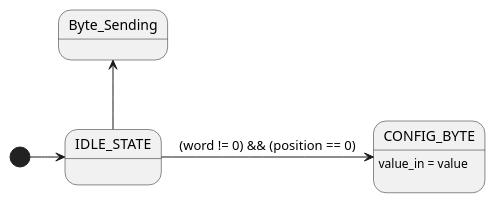
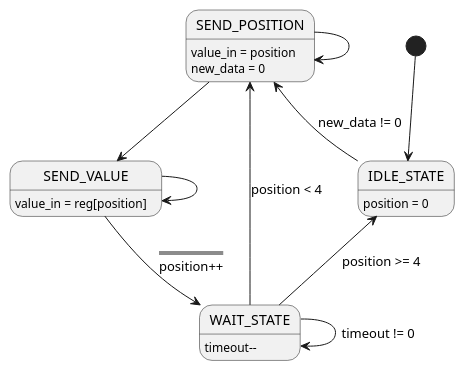
One commit to pimium/solder_station_avr changed the diagram in doc/seven_seg_word_state.puml. Above: the diagram before and after it, drawn with PlantUML.

Commit message:
word puml

```diff
--- a/doc/seven_seg_word_state.puml
+++ b/doc/seven_seg_word_state.puml
@@ -1,16 +1,24 @@
 @startuml
 
 show empty description
 
-[*] -r-> IDLE_STATE
+[*] --> IDLE_STATE
 'State1 : this is a string
 
-IDLE_STATE :
-IDLE_STATE -u-> Byte_Sending
-IDLE_STATE -r-> CONFIG_BYTE : (word != 0) && (position == 0)
+IDLE_STATE : position = 0
+IDLE_STATE -l-> SEND_POSITION : new_data != 0
 
-CONFIG_BYTE: value_in = value
+SEND_POSITION: value_in = position\nnew_data = 0
+SEND_POSITION --> SEND_VALUE
+SEND_POSITION --> SEND_POSITION
 
-CONFIG_BYTE :
+SEND_VALUE : value_in = reg[position]
+SEND_VALUE --> WAIT_STATE : ====\nposition++
+SEND_VALUE --> SEND_VALUE
+
+WAIT_STATE : timeout--
+WAIT_STATE -u-> SEND_POSITION : position < 4
+WAIT_STATE -u-> IDLE_STATE : position >= 4
+WAIT_STATE --> WAIT_STATE : timeout != 0
 
 @enduml
```
